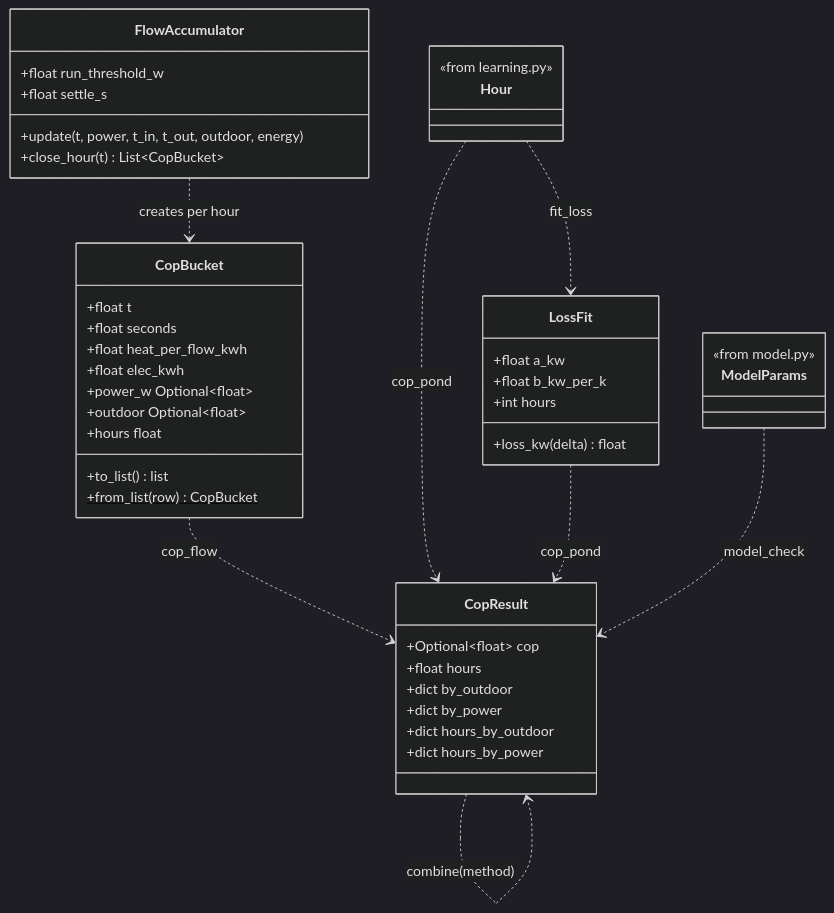
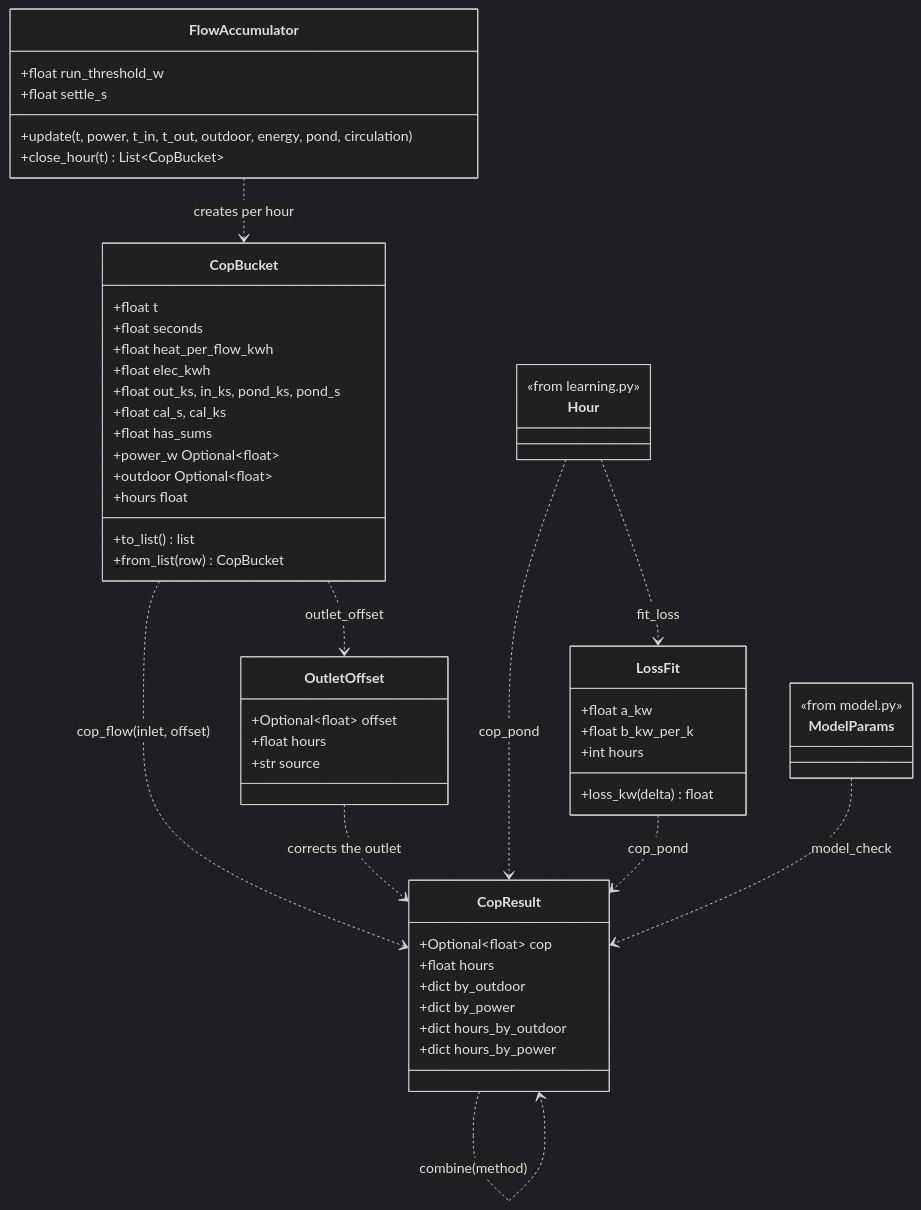
The tenth of 25 diagrams in docs/architecture.md (abroeders/pond-heatpump-price-planner), drawn with Mermaid (dark theme) before and after one commit. The commit also changed other lines of this file and 4 other files, not shown here.

Commit message:
docs: COP inlet and outlet calibration (#32)

````diff
--- a/docs/architecture.md
+++ b/docs/architecture.md
@@ -456,48 +456,58 @@
 ```mermaid
 classDiagram
     direction TB
     class FlowAccumulator {
         +float run_threshold_w
         +float settle_s
-        +update(t, power, t_in, t_out, outdoor, energy)
+        +update(t, power, t_in, t_out, outdoor, energy, pond, circulation)
         +close_hour(t) List~CopBucket~
     }
     class CopBucket {
         +float t
         +float seconds
         +float heat_per_flow_kwh
         +float elec_kwh
+        +float out_ks, in_ks, pond_ks, pond_s
+        +float cal_s, cal_ks
+        +float has_sums
         +power_w Optional~float~
         +outdoor Optional~float~
         +hours float
         +to_list() list
         +from_list(row)$ CopBucket
+    }
+    class OutletOffset {
+        +Optional~float~ offset
+        +float hours
+        +str source
     }
     class LossFit {
         +float a_kw
         +float b_kw_per_k
         +int hours
         +loss_kw(delta) float
     }
     class CopResult {
         +Optional~float~ cop
         +float hours
         +dict by_outdoor
         +dict by_power
         +dict hours_by_outdoor
         +dict hours_by_power
     }
     class Hour {
         <<from learning.py>>
     }
     class ModelParams {
         <<from model.py>>
     }
     FlowAccumulator ..> CopBucket : creates per hour
-    CopBucket ..> CopResult : cop_flow
+    CopBucket ..> OutletOffset : outlet_offset
+    CopBucket ..> CopResult : cop_flow(inlet, offset)
+    OutletOffset ..> CopResult : corrects the outlet
     Hour ..> LossFit : fit_loss
     Hour ..> CopResult : cop_pond
     LossFit ..> CopResult : cop_pond
     CopResult ..> CopResult : combine(method)
     ModelParams ..> CopResult : model_check
 ```
````
